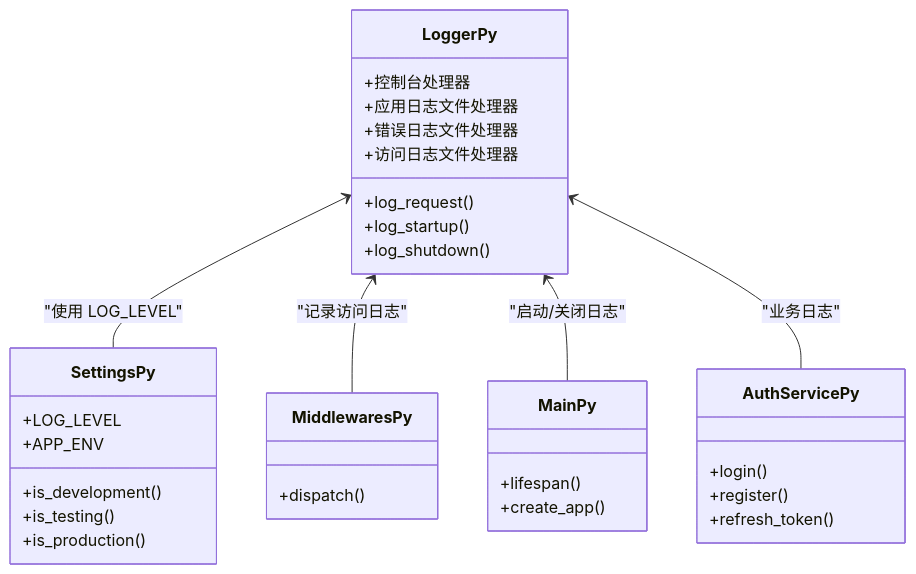
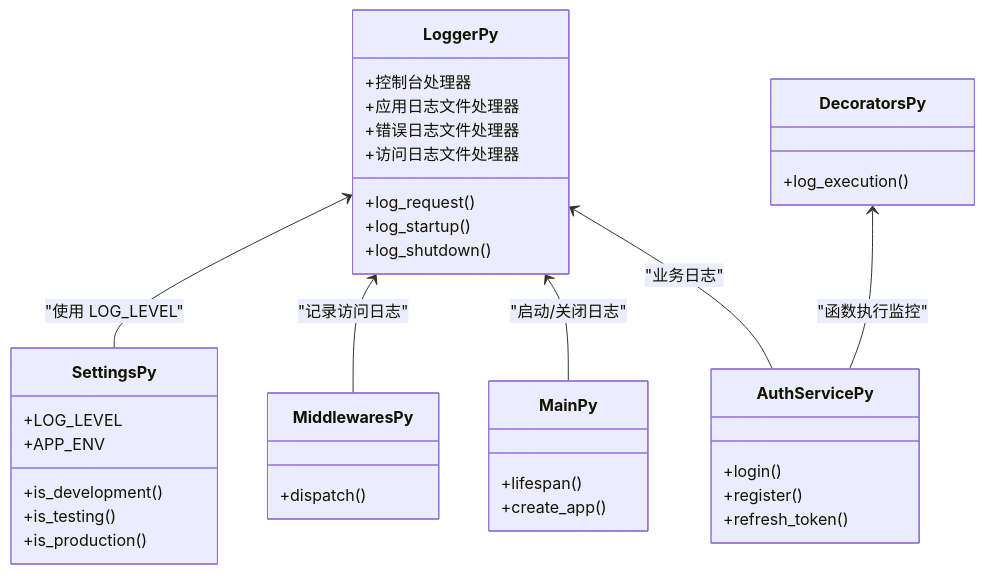
Before and after one commit to taoweidong/Hello-FastApi: the seventh of 10 diagrams in .qoder/repowiki/zh/content/核心模块/日志系统.md, drawn with Mermaid. The commit also changed other lines of this file and 22 other files, not shown here.

````diff
--- a/.qoder/repowiki/zh/content/核心模块/日志系统.md
+++ b/.qoder/repowiki/zh/content/核心模块/日志系统.md
@@ -350,35 +405,39 @@
 ```mermaid
 classDiagram
 class LoggerPy {
 +控制台处理器
 +应用日志文件处理器
 +错误日志文件处理器
 +访问日志文件处理器
 +log_request()
 +log_startup()
 +log_shutdown()
+}
+class DecoratorsPy {
++log_execution()
 }
 class SettingsPy {
 +LOG_LEVEL
 +APP_ENV
 +is_development()
 +is_testing()
 +is_production()
 }
 class MiddlewaresPy {
 +dispatch()
 }
 class MainPy {
 +lifespan()
 +create_app()
 }
 class AuthServicePy {
 +login()
 +register()
 +refresh_token()
 }
 LoggerPy <-- SettingsPy : "使用 LOG_LEVEL"
 LoggerPy <-- MiddlewaresPy : "记录访问日志"
 LoggerPy <-- MainPy : "启动/关闭日志"
 LoggerPy <-- AuthServicePy : "业务日志"
+DecoratorsPy <-- AuthServicePy : "函数执行监控"
 ```
````
